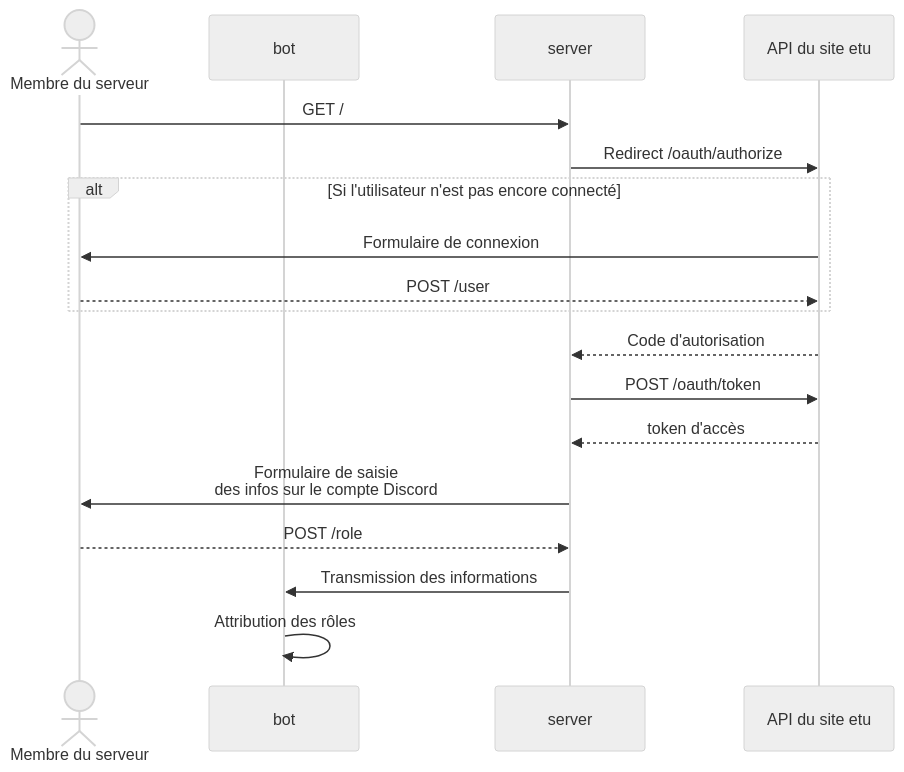
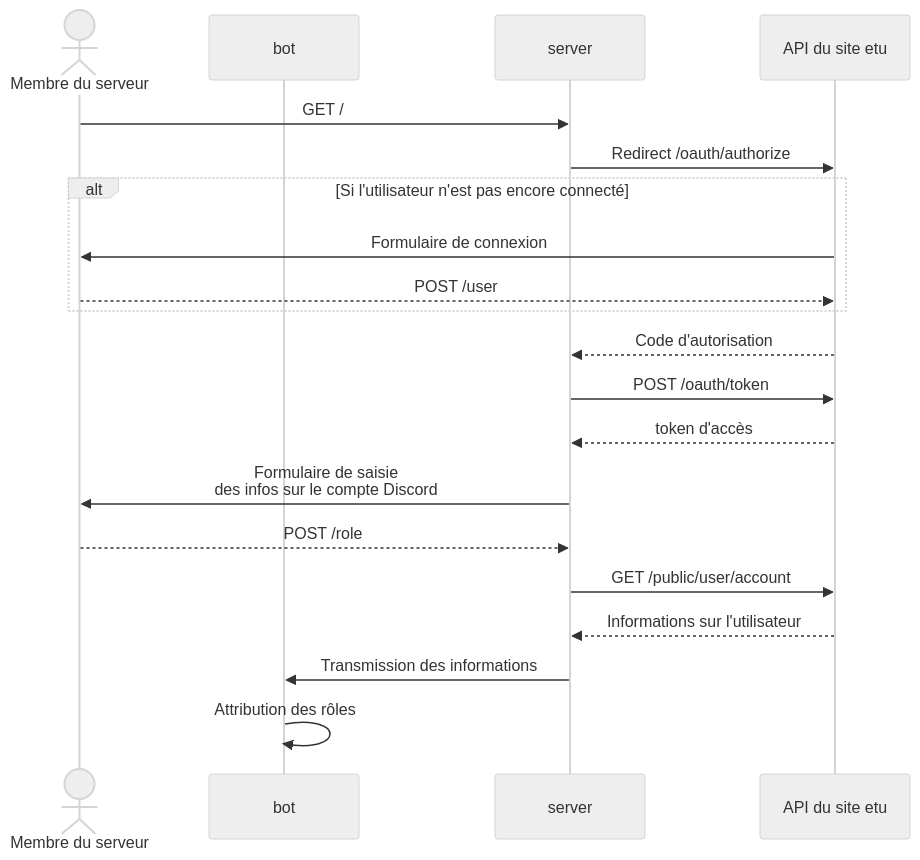
The diagram in docs/explanation/etu-auth.md (ungdev/EtuUTT-Discord-Bot), drawn with Mermaid (neutral theme) before and after one commit. The commit also changed 6 other files, not shown here.

Commit message:
fix: authentication sequence diagram

````diff
--- a/docs/explanation/etu-auth.md
+++ b/docs/explanation/etu-auth.md
@@ -34,21 +34,23 @@
 ```mermaid
 sequenceDiagram
     actor User as Membre du serveur
     participant bot
     participant server
     participant api as API du site etu
     
     User->>server: GET /
     server->>api: Redirect /oauth/authorize
     alt Si l'utilisateur n'est pas encore connecté
         api->>User: Formulaire de connexion
         User-->>api: POST /user
     end
     api-->>server: Code d'autorisation
     server->>api: POST /oauth/token
     api-->>server: token d'accès
     server->>User: Formulaire de saisie <br>des infos sur le compte Discord
     User-->>server: POST /role
+    server->>api: GET /public/user/account
+    api-->>server: Informations sur l'utilisateur
     server->>bot: Transmission des informations
     bot->>bot: Attribution des rôles
 ```
````
